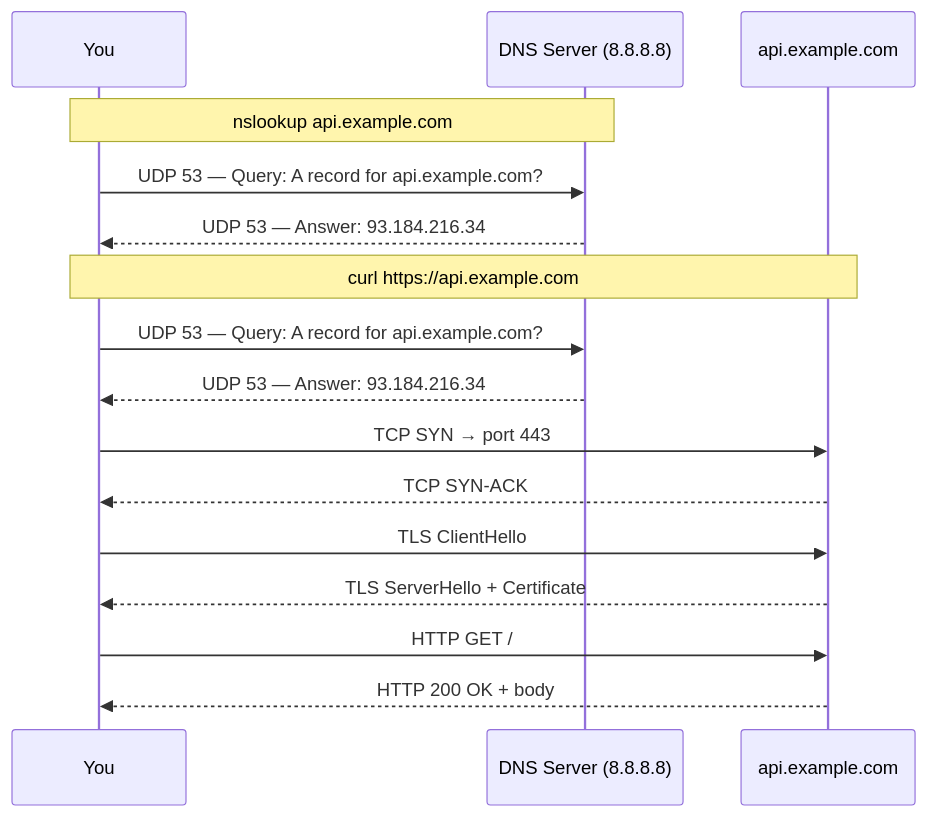
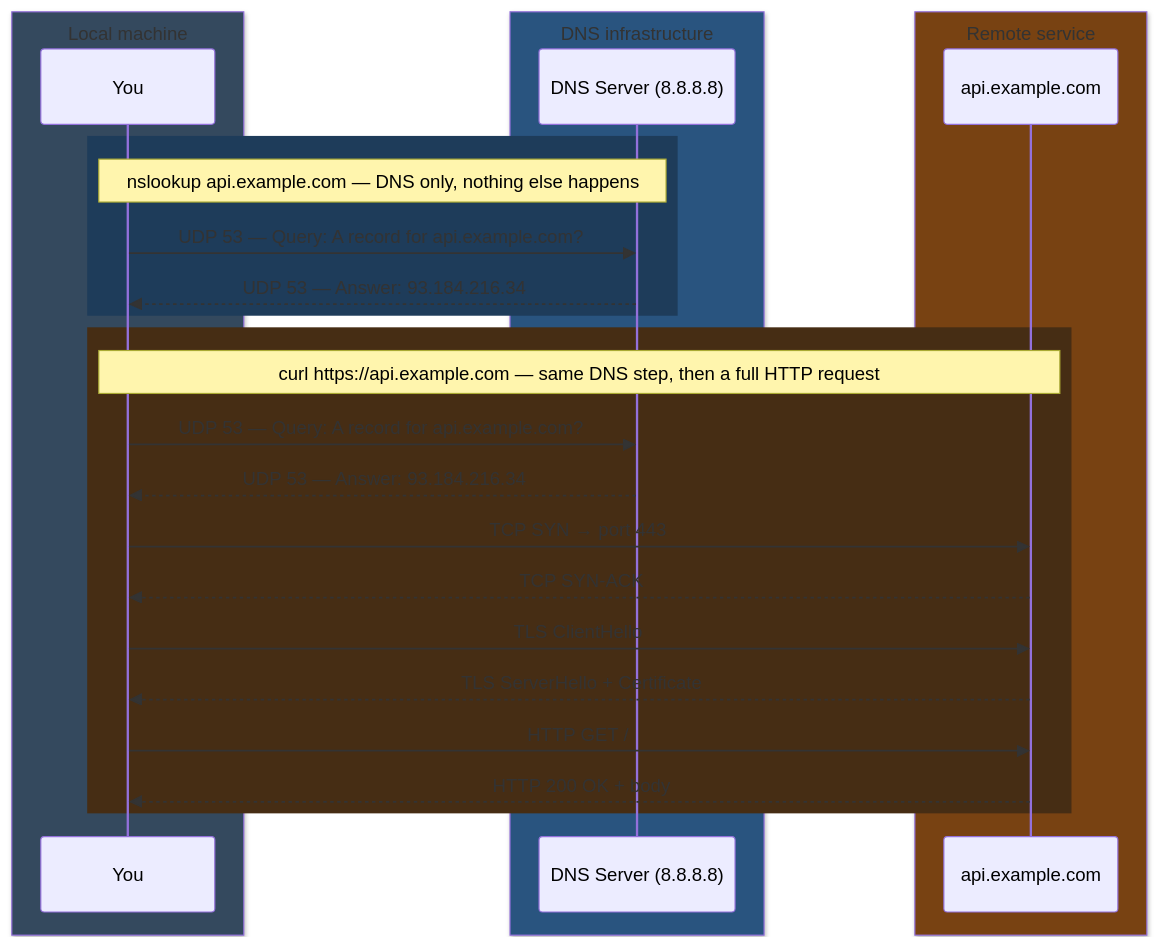
One commit to deepanshu-rawat6/DevOpsIndex changed the first of 3 diagrams in networking/nslookup-vs-curl.md. Above: the diagram before and after it, drawn with Mermaid. The commit also changed other lines of this file and 8 other files, not shown here.

````diff
--- a/networking/nslookup-vs-curl.md
+++ b/networking/nslookup-vs-curl.md
@@ -26,20 +43,30 @@
 ```mermaid
 sequenceDiagram
+    box rgb(52,73,94) Local machine
     participant You
+    end
+    box rgb(41,84,127) DNS infrastructure
     participant DNS as DNS Server (8.8.8.8)
+    end
+    box rgb(120,66,18) Remote service
     participant Server as api.example.com
+    end
 
-    Note over You,DNS: nslookup api.example.com
+    rect rgb(30,60,90)
+    Note over You,DNS: nslookup api.example.com — DNS only, nothing else happens
     You->>DNS: UDP 53 — Query: A record for api.example.com?
     DNS-->>You: UDP 53 — Answer: 93.184.216.34
+    end
 
-    Note over You,Server: curl https://api.example.com
+    rect rgb(70,45,20)
+    Note over You,Server: curl https://api.example.com — same DNS step, then a full HTTP request
     You->>DNS: UDP 53 — Query: A record for api.example.com?
     DNS-->>You: UDP 53 — Answer: 93.184.216.34
     You->>Server: TCP SYN → port 443
     Server-->>You: TCP SYN-ACK
     You->>Server: TLS ClientHello
     Server-->>You: TLS ServerHello + Certificate
     You->>Server: HTTP GET /
     Server-->>You: HTTP 200 OK + body
+    end
 ```
````
